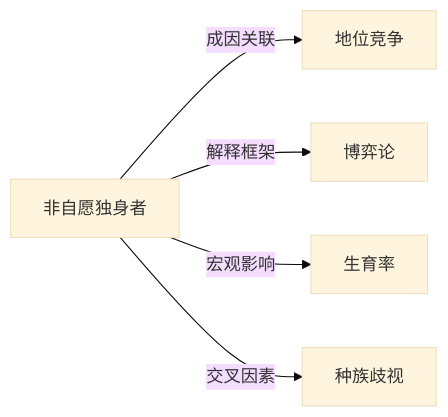
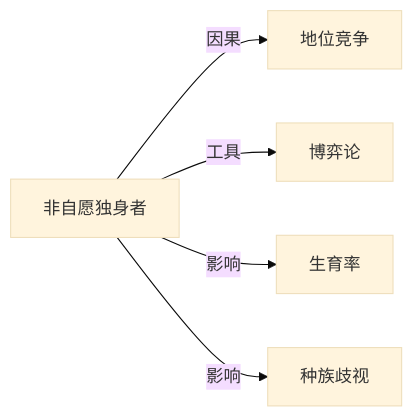
The diagram in Knowledge/Concepts/社会学/非自愿独身者.md (KIMMCHOW/MyKnowledge), drawn with Mermaid (base theme) before and after one commit. The commit also changed 95 other files, not shown here.

Commit message:
reorganize: 统一关系图边标签为11类

````diff
--- a/Knowledge/Concepts/社会学/非自愿独身者.md
+++ b/Knowledge/Concepts/社会学/非自愿独身者.md
@@ -46,7 +46,7 @@
 ```mermaid
 graph LR
-非自愿独身者 -->|成因关联| 地位竞争
-非自愿独身者 -->|解释框架| 博弈论
-非自愿独身者 -->|宏观影响| 生育率
-非自愿独身者 -->|交叉因素| 种族歧视
+非自愿独身者 -->|因果| 地位竞争
+非自愿独身者 -->|工具| 博弈论
+非自愿独身者 -->|影响| 生育率
+非自愿独身者 -->|影响| 种族歧视
 ```
````
